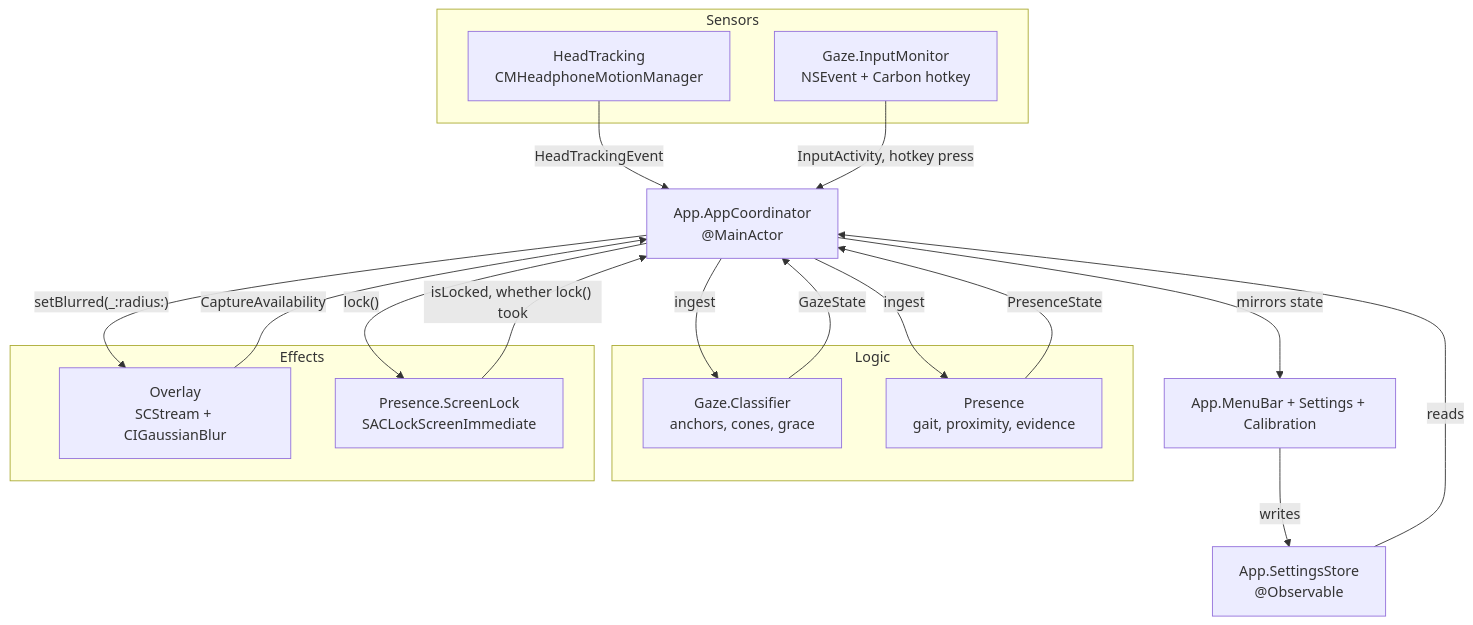
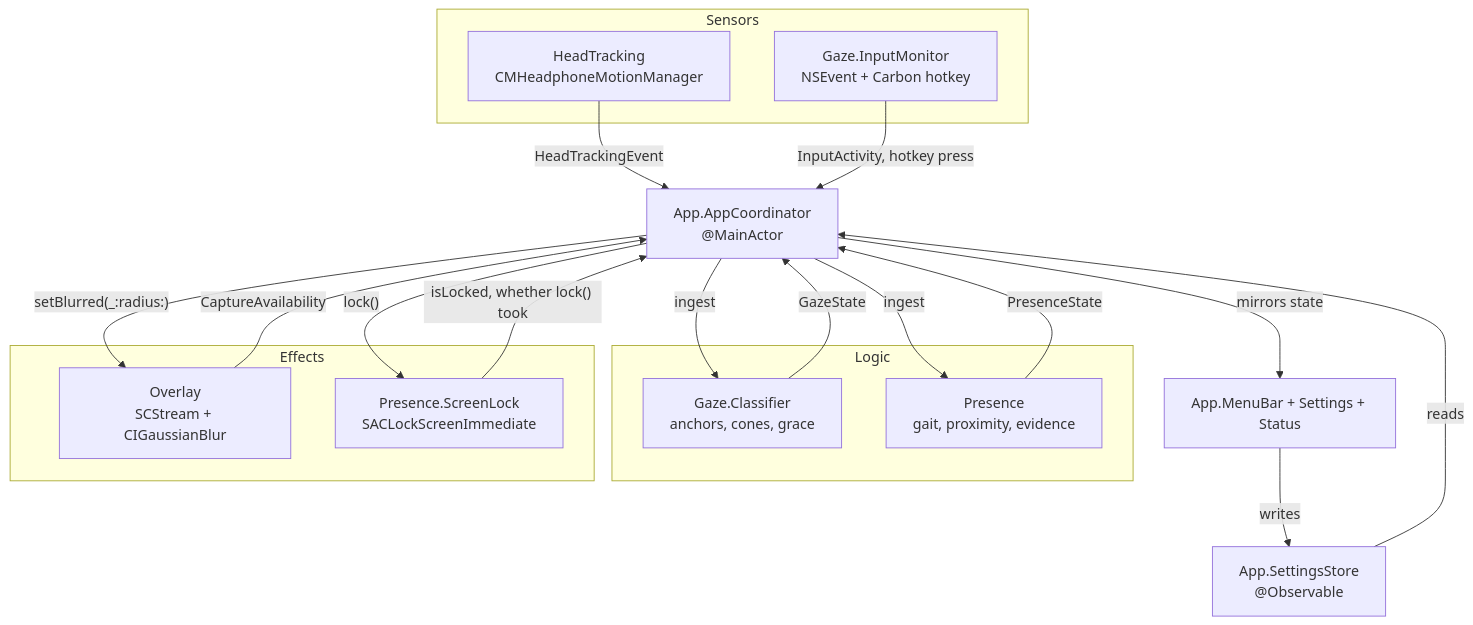
The first of 3 diagrams in docs/ARCHITECTURE.md (wezzcoetzee/privacypods), drawn with Mermaid before and after one commit. The commit also changed other lines of this file and 49 other files, not shown here.

First line of the commit message:
feat: status window, pause menu and App Store screenshots

````diff
--- a/docs/ARCHITECTURE.md
+++ b/docs/ARCHITECTURE.md
@@ -14,35 +14,35 @@
 ```mermaid
 flowchart TB
     subgraph sensors [Sensors]
         HT["HeadTracking<br/>CMHeadphoneMotionManager"]
         IN["Gaze.InputMonitor<br/>NSEvent + Carbon hotkey"]
     end
 
     subgraph logic [Logic]
         GZ["Gaze.Classifier<br/>anchors, cones, grace"]
         PR["Presence<br/>gait, proximity, evidence"]
     end
 
     subgraph effects [Effects]
         OV["Overlay<br/>SCStream + CIGaussianBlur"]
         LK["Presence.ScreenLock<br/>SACLockScreenImmediate"]
     end
 
     EN["App.AppCoordinator<br/>@MainActor"]
     ST["App.SettingsStore<br/>@Observable"]
-    UI["App.MenuBar + Settings + Calibration"]
+    UI["App.MenuBar + Settings + Status"]
 
     HT -- "HeadTrackingEvent" --> EN
     IN -- "InputActivity, hotkey press" --> EN
     EN -- "ingest" --> GZ
     EN -- "ingest" --> PR
     GZ -- "GazeState" --> EN
     PR -- "PresenceState" --> EN
     EN -- "setBlurred(_:radius:)" --> OV
     OV -- "CaptureAvailability" --> EN
     EN -- "lock()" --> LK
     LK -- "isLocked, whether lock() took" --> EN
     ST -- "reads" --> EN
     EN -- "mirrors state" --> UI
     UI -- "writes" --> ST
 ```
````
